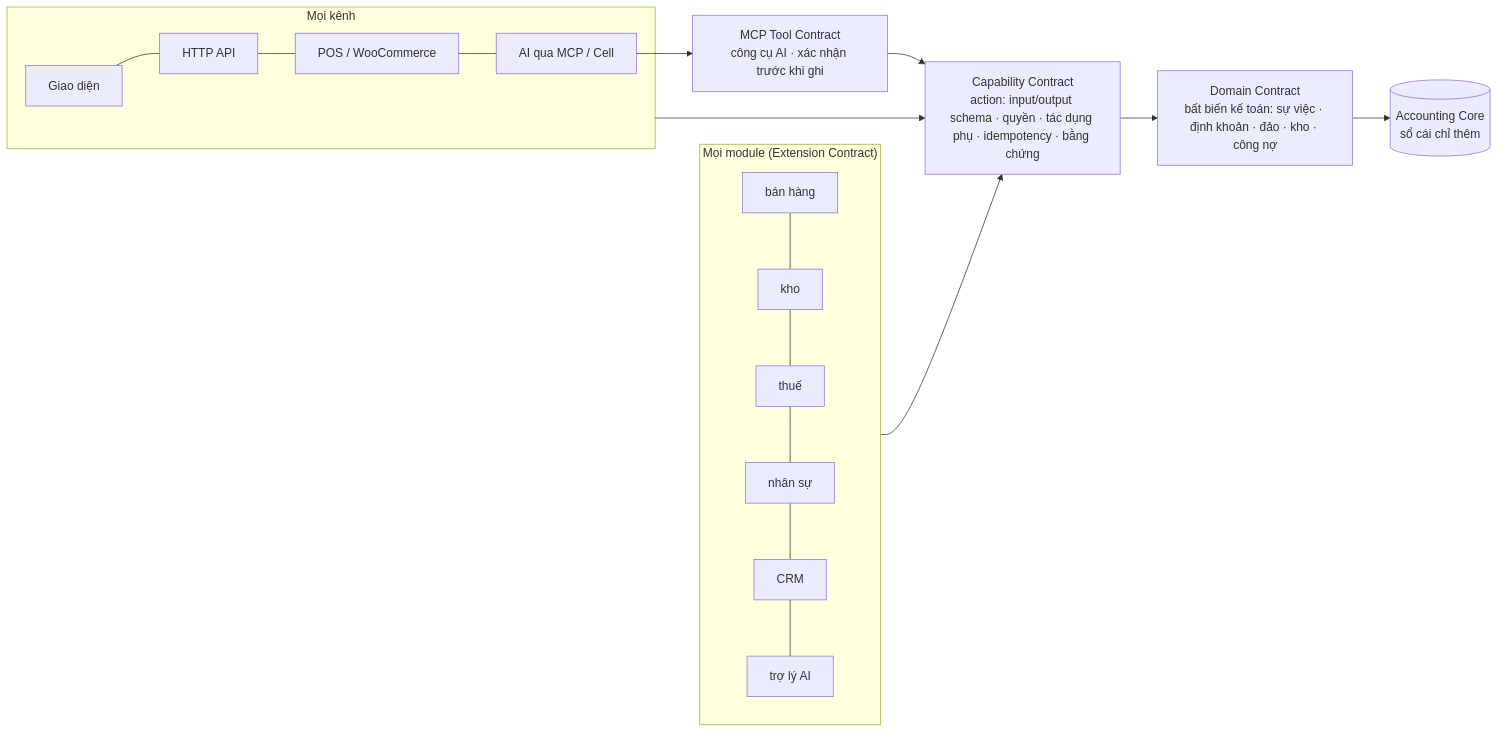
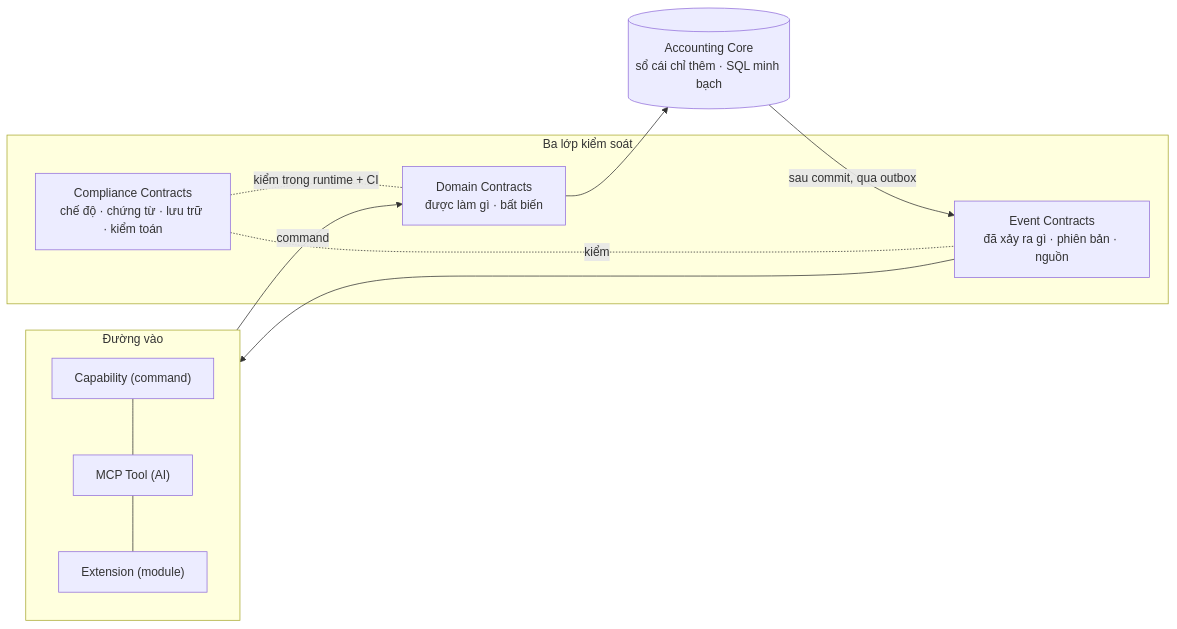
The diagram in docs/CONG-BO-KIEN-TRUC.md (hoanganh8389/bizcity-open-ketoan), drawn with Mermaid before and after one commit. The commit also changed other lines of this file and 28 other files, not shown here.

````diff
--- a/docs/CONG-BO-KIEN-TRUC.md
+++ b/docs/CONG-BO-KIEN-TRUC.md
@@ -19,17 +55,16 @@
 ```mermaid
 flowchart LR
-  subgraph Kenh["Mọi kênh"]
-    UI["Giao diện"] --- API["HTTP API"] --- POS["POS / WooCommerce"] --- MCPc["AI qua MCP / Cell"]
+  subgraph Vao["Đường vào"]
+    CAP["Capability (command)"] --- TOOL["MCP Tool (AI)"] --- EXT["Extension (module)"]
   end
-  subgraph Mod["Mọi module (Extension Contract)"]
-    BH["bán hàng"] --- KHO["kho"] --- THUE["thuế"] --- NS["nhân sự"] --- CRM["CRM"] --- AIa["trợ lý AI"]
+  subgraph KS["Ba lớp kiểm soát"]
+    DOM["Domain Contracts<br/>được làm gì · bất biến"]
+    EVT["Event Contracts<br/>đã xảy ra gì · phiên bản · nguồn"]
+    CMP["Compliance Contracts<br/>chế độ · chứng từ · lưu trữ · kiểm toán"]
   end
-  CAP["Capability Contract<br/>action: input/output schema · quyền · tác dụng phụ · idempotency · bằng chứng"]
-  TOOL["MCP Tool Contract<br/>công cụ AI · xác nhận trước khi ghi"]
-  DOM["Domain Contract<br/>bất biến kế toán: sự việc · định khoản · đảo · kho · công nợ"]
-  CORE[("Accounting Core<br/>sổ cái chỉ thêm")]
-  Kenh --> CAP
-  MCPc --> TOOL --> CAP
-  Mod --> CAP
-  CAP --> DOM --> CORE
+  CORE[("Accounting Core<br/>sổ cái chỉ thêm · SQL minh bạch")]
+  Vao -->|"command"| DOM --> CORE
+  CORE -->|"sau commit, qua outbox"| EVT --> Vao
+  CMP -. "kiểm trong runtime + CI" .- DOM
+  CMP -. "kiểm" .- EVT
 ```
````
